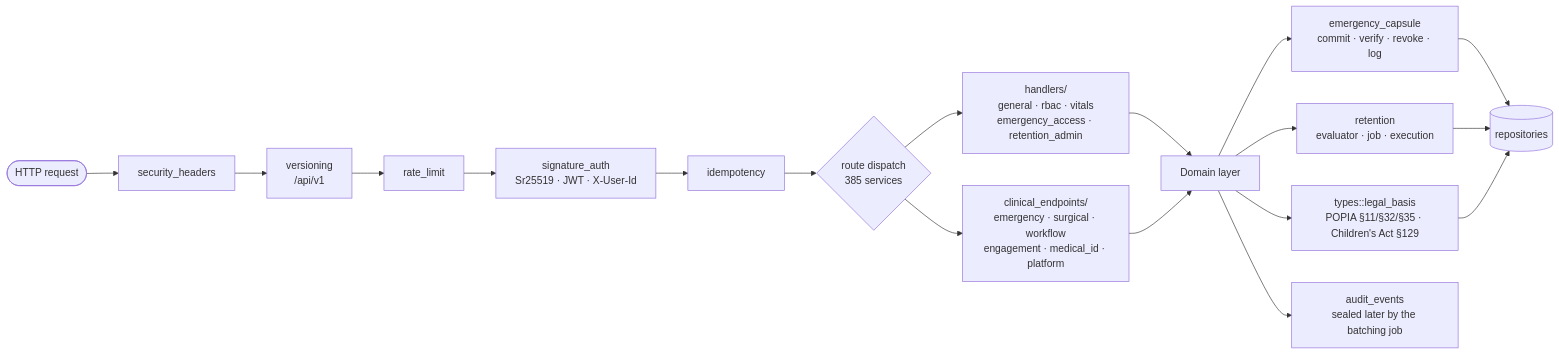
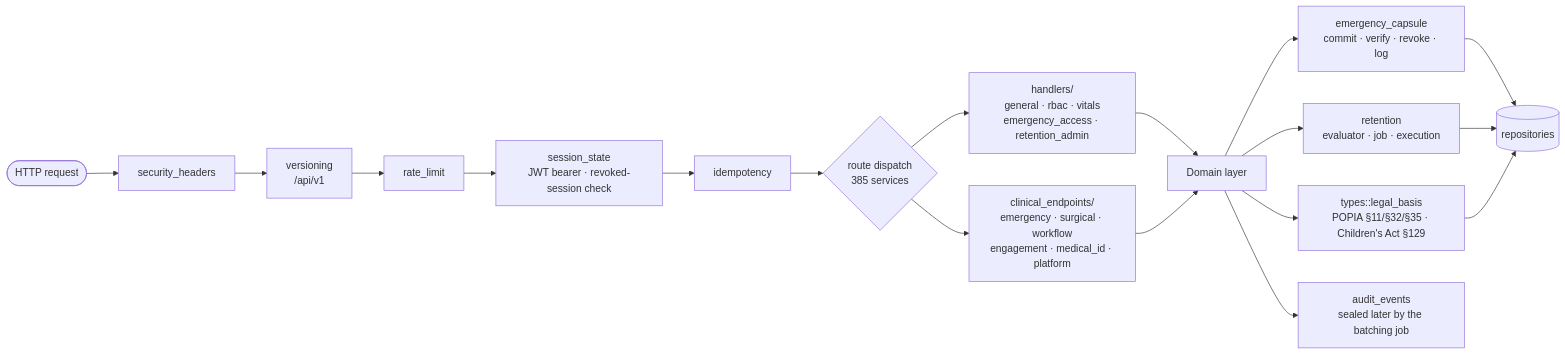
The third of 9 diagrams in docs/architecture.md (Lukau-Tech-Invasion/medichain), drawn with Mermaid before and after one commit. The commit also changed 26 other files, not shown here.

````diff
--- a/docs/architecture.md
+++ b/docs/architecture.md
@@ -129,24 +129,24 @@
 ```mermaid
 graph LR
     REQ(["HTTP request"]) --> SEC["security_headers"]
     SEC --> VER["versioning<br/>/api/v1"]
     VER --> RL["rate_limit"]
-    RL --> AUTH["signature_auth<br/>Sr25519 · JWT · X-User-Id"]
+    RL --> AUTH["session_state<br/>JWT bearer · revoked-session check"]
     AUTH --> IDEM["idempotency"]
     IDEM --> ROUTE{"route dispatch<br/>385 services"}
 
     ROUTE --> GEN["handlers/<br/>general · rbac · vitals<br/>emergency_access · retention_admin"]
     ROUTE --> CLIN["clinical_endpoints/<br/>emergency · surgical · workflow<br/>engagement · medical_id · platform"]
 
     GEN --> SVC["Domain layer"]
     CLIN --> SVC
 
     SVC --> EC["emergency_capsule<br/>commit · verify · revoke · log"]
     SVC --> RET["retention<br/>evaluator · job · execution"]
     SVC --> LB["types::legal_basis<br/>POPIA §11/§32/§35 · Children's Act §129"]
     SVC --> BC["audit_events<br/>sealed later by the batching job"]
 
     EC --> RP[("repositories")]
     RET --> RP
     LB --> RP
 ```
````
